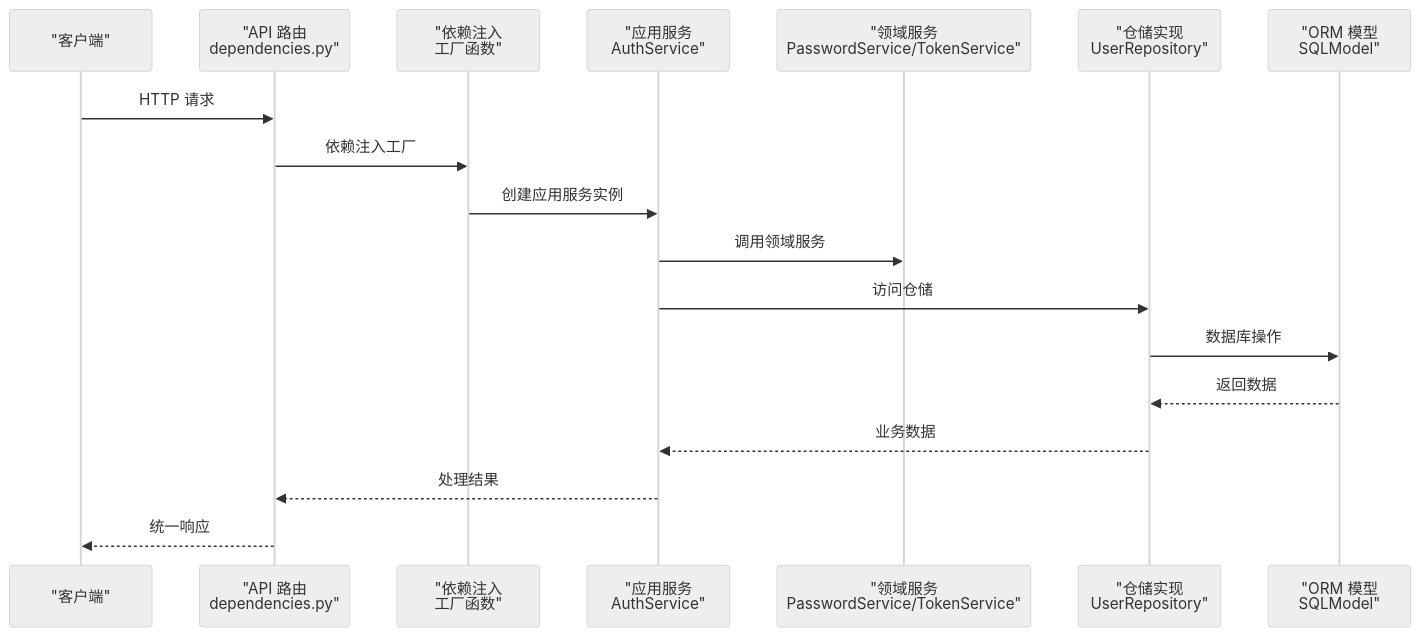
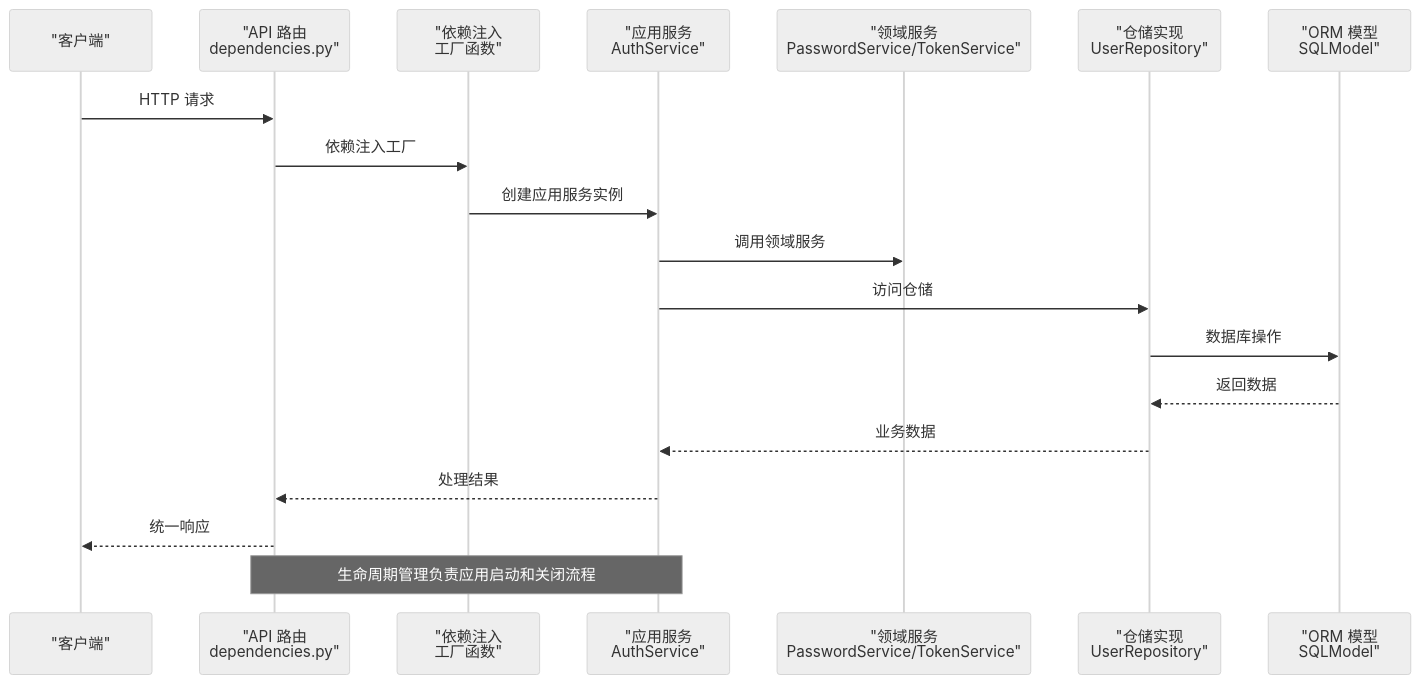
The second of 5 diagrams in .qoder/repowiki/zh/content/后端架构设计/后端架构设计.md (taoweidong/Hello-FastApi), drawn with Mermaid (neutral theme) before and after one commit. The commit also changed other lines of this file and 61 other files, not shown here.

````diff
--- a/.qoder/repowiki/zh/content/后端架构设计/后端架构设计.md
+++ b/.qoder/repowiki/zh/content/后端架构设计/后端架构设计.md
@@ -107,20 +114,21 @@
 ```mermaid
 sequenceDiagram
 participant Client as "客户端"
 participant API as "API 路由<br/>dependencies.py"
 participant DI as "依赖注入<br/>工厂函数"
 participant AppSvc as "应用服务<br/>AuthService"
 participant Domain as "领域服务<br/>PasswordService/TokenService"
 participant Repo as "仓储实现<br/>UserRepository"
 participant DB as "ORM 模型<br/>SQLModel"
 Client->>API : HTTP 请求
 API->>DI : 依赖注入工厂
 DI->>AppSvc : 创建应用服务实例
 AppSvc->>Domain : 调用领域服务
 AppSvc->>Repo : 访问仓储
 Repo->>DB : 数据库操作
 DB-->>Repo : 返回数据
 Repo-->>AppSvc : 业务数据
 AppSvc-->>API : 处理结果
 API-->>Client : 统一响应
+Note over API,AppSvc : 生命周期管理负责应用启动和关闭流程
 ```
````
